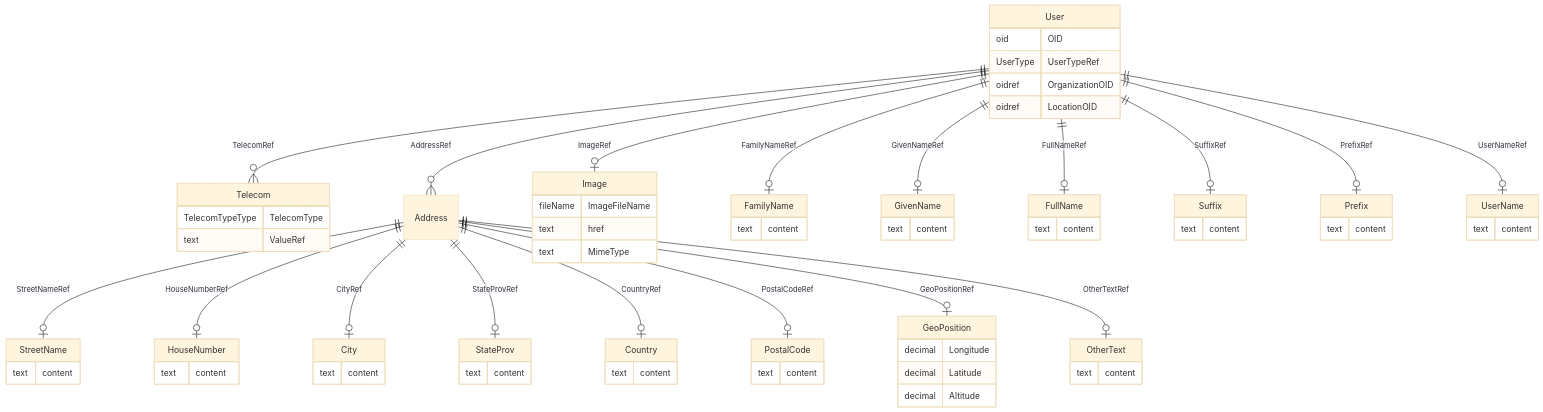
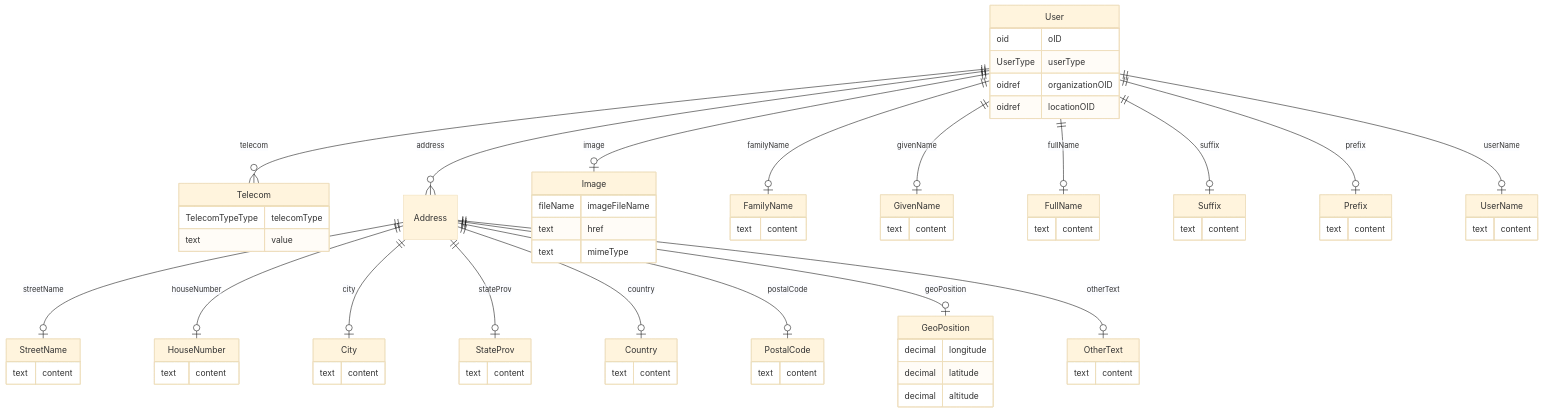
One commit to cdisc-org/DataExchange-ODM-LinkML changed the diagram in docs/User.md. Above: the diagram before and after it, drawn with Mermaid (base theme). The commit also changed other lines of this file and 759 other files, not shown here.

````diff
--- a/docs/User.md
+++ b/docs/User.md
@@ -11,14 +11,14 @@
 ```mermaid
 erDiagram
 User {
-    oid OID  
-    UserType UserTypeRef  
-    oidref OrganizationOID  
-    oidref LocationOID  
+    oid oID  
+    UserType userType  
+    oidref organizationOID  
+    oidref locationOID  
 }
 Telecom {
-    TelecomTypeType TelecomType  
-    text ValueRef  
+    TelecomTypeType telecomType  
+    text value  
 }
 Address {
 
@@ -27,9 +27,9 @@
     text content  
 }
 GeoPosition {
-    decimal Longitude  
-    decimal Latitude  
-    decimal Altitude  
+    decimal longitude  
+    decimal latitude  
+    decimal altitude  
 }
 PostalCode {
     text content  
@@ -50,9 +50,9 @@
     text content  
 }
 Image {
-    fileName ImageFileName  
+    fileName imageFileName  
     text href  
-    text MimeType  
+    text mimeType  
 }
 FamilyName {
     text content  
@@ -73,22 +73,22 @@
     text content  
 }
 
-User ||--|o UserName : "UserNameRef"
-User ||--|o Prefix : "PrefixRef"
-User ||--|o Suffix : "SuffixRef"
-User ||--|o FullName : "FullNameRef"
-User ||--|o GivenName : "GivenNameRef"
-User ||--|o FamilyName : "FamilyNameRef"
-User ||--|o Image : "ImageRef"
-User ||--}o Address : "AddressRef"
-User ||--}o Telecom : "TelecomRef"
-Address ||--|o StreetName : "StreetNameRef"
-Address ||--|o HouseNumber : "HouseNumberRef"
-Address ||--|o City : "CityRef"
-Address ||--|o StateProv : "StateProvRef"
-Address ||--|o Country : "CountryRef"
-Address ||--|o PostalCode : "PostalCodeRef"
-Address ||--|o GeoPosition : "GeoPositionRef"
-Address ||--|o OtherText : "OtherTextRef"
+User ||--|o UserName : "userName"
+User ||--|o Prefix : "prefix"
+User ||--|o Suffix : "suffix"
+User ||--|o FullName : "fullName"
+User ||--|o GivenName : "givenName"
+User ||--|o FamilyName : "familyName"
+User ||--|o Image : "image"
+User ||--}o Address : "address"
+User ||--}o Telecom : "telecom"
+Address ||--|o StreetName : "streetName"
+Address ||--|o HouseNumber : "houseNumber"
+Address ||--|o City : "city"
+Address ||--|o StateProv : "stateProv"
+Address ||--|o Country : "country"
+Address ||--|o PostalCode : "postalCode"
+Address ||--|o GeoPosition : "geoPosition"
+Address ||--|o OtherText : "otherText"
 
 ```
````
